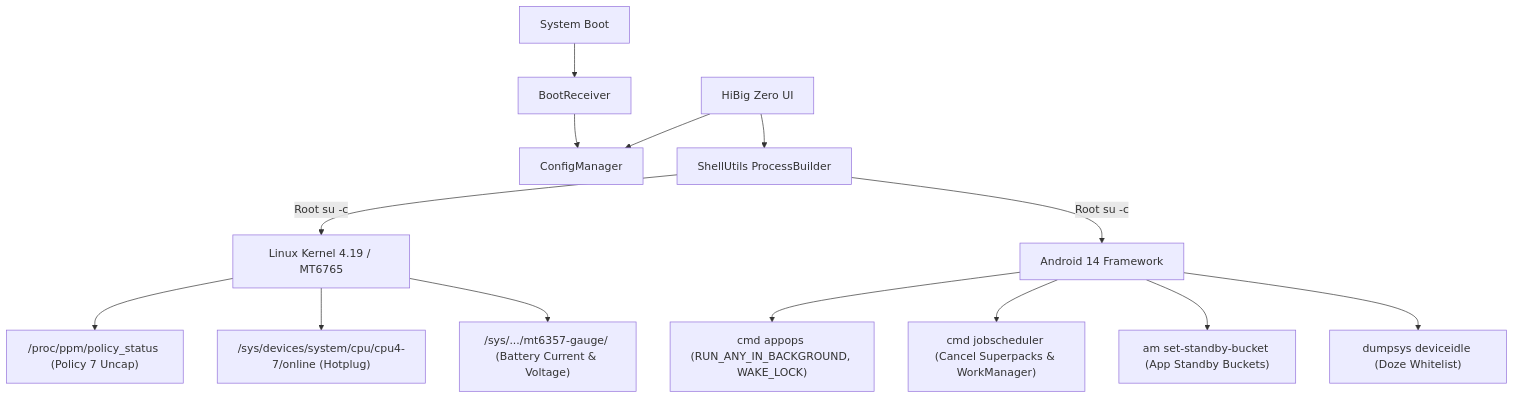
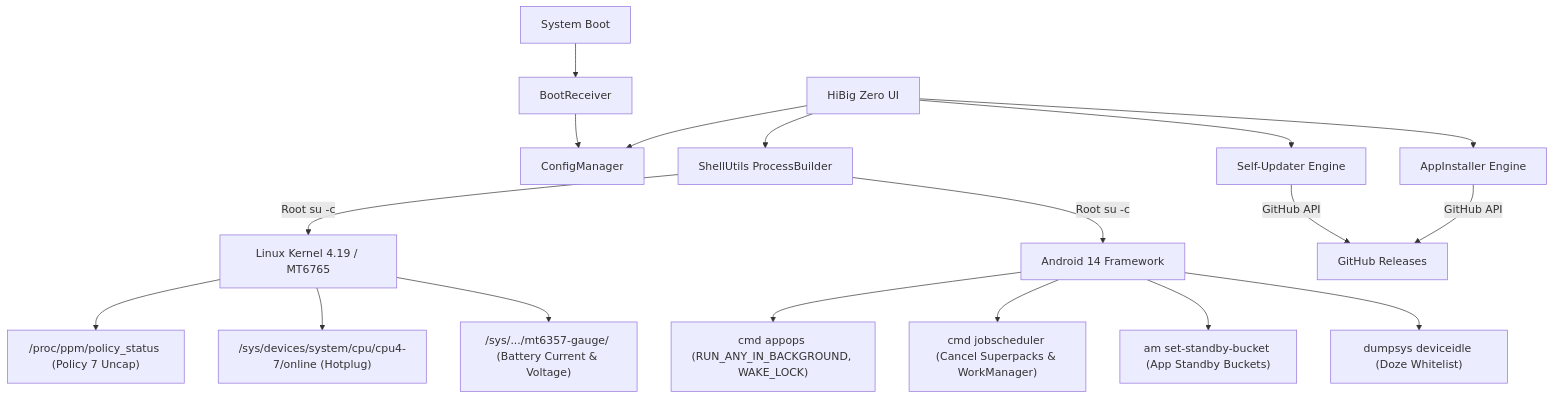
One commit to right9code/hibigzero changed the diagram in README.md. Above: the diagram before and after it, drawn with Mermaid. The commit also changed other lines of this file and 4 other files, not shown here.

````diff
--- a/README.md
+++ b/README.md
@@ -89,20 +127,25 @@
 ```mermaid
 graph TD
     App[HiBig Zero UI] --> Config[ConfigManager]
     App --> Shell[ShellUtils ProcessBuilder]
+    App --> Installer[AppInstaller Engine]
+    App --> Updater[Self-Updater Engine]
     
     Shell -->|Root su -c| Kernel[Linux Kernel 4.19 / MT6765]
     Shell -->|Root su -c| AndroidOS[Android 14 Framework]
+    
+    Installer -->|GitHub API| GitHub[GitHub Releases]
+    Updater -->|GitHub API| GitHub
     
     Kernel --> PPM["/proc/ppm/policy_status (Policy 7 Uncap)"]
     Kernel --> Hotplug["/sys/devices/system/cpu/cpu4-7/online (Hotplug)"]
     Kernel --> PMIC["/sys/.../mt6357-gauge/ (Battery Current & Voltage)"]
     
     AndroidOS --> AppOps["cmd appops (RUN_ANY_IN_BACKGROUND, WAKE_LOCK)"]
     AndroidOS --> Jobs["cmd jobscheduler (Cancel Superpacks & WorkManager)"]
     AndroidOS --> Standby["am set-standby-bucket (App Standby Buckets)"]
     AndroidOS --> Doze["dumpsys deviceidle (Doze Whitelist)"]
     
     Boot[System Boot] --> BootRec[BootReceiver]
     BootRec --> Config
 ```
````
